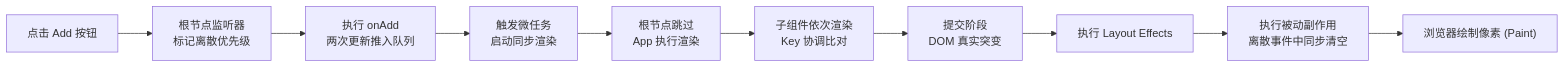
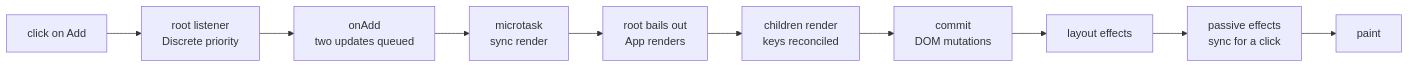
One commit to ZhaoTim/react-garden-zh changed the second of 2 diagrams in content/react-concepts/12 A Click, Start to Finish.md. Above: the diagram before and after it, drawn with Mermaid. The commit also changed other lines of this file and 12 other files, not shown here.

Commit message:
fix: restore all Mermaid diagrams to original English technical terms

````diff
--- a/content/react-concepts/12 A Click, Start to Finish.md
+++ b/content/react-concepts/12 A Click, Start to Finish.md
@@ -184,12 +184,12 @@
 ```mermaid
 flowchart LR
-  A["点击 Add 按钮"] --> B["根节点监听器<br/>标记离散优先级"]
-  B --> C["执行 onAdd<br/>两次更新推入队列"]
-  C --> D["触发微任务<br/>启动同步渲染"]
-  D --> E["根节点跳过<br/>App 执行渲染"]
-  E --> F["子组件依次渲染<br/>Key 协调比对"]
-  F --> G["提交阶段<br/>DOM 真实突变"]
-  G --> H["执行 Layout Effects"]
-  H --> I["执行被动副作用<br/>离散事件中同步清空"]
-  I --> J["浏览器绘制像素 (Paint)"]
+  A["click on Add"] --> B["root listener<br/>Discrete priority"]
+  B --> C["onAdd<br/>two updates queued"]
+  C --> D["microtask<br/>sync render"]
+  D --> E["root bails out<br/>App renders"]
+  E --> F["children render<br/>keys reconciled"]
+  F --> G["commit<br/>DOM mutations"]
+  G --> H["layout effects"]
+  H --> I["passive effects<br/>sync for a click"]
+  I --> J["paint"]
 ```
````
